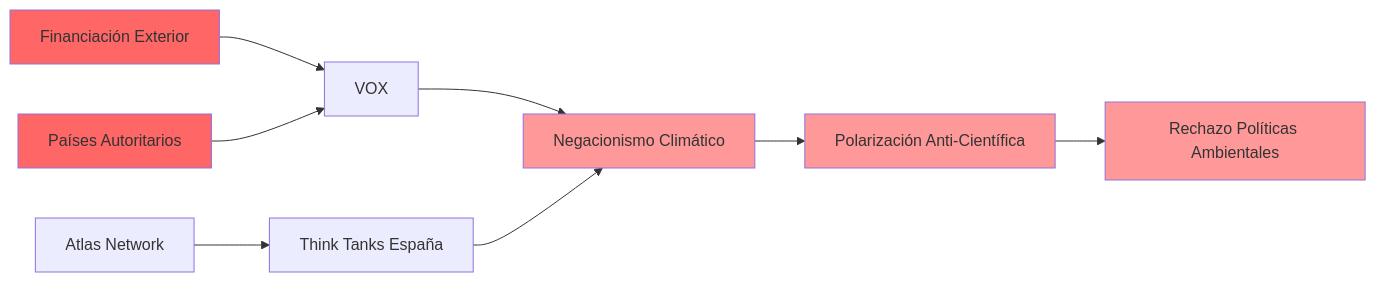
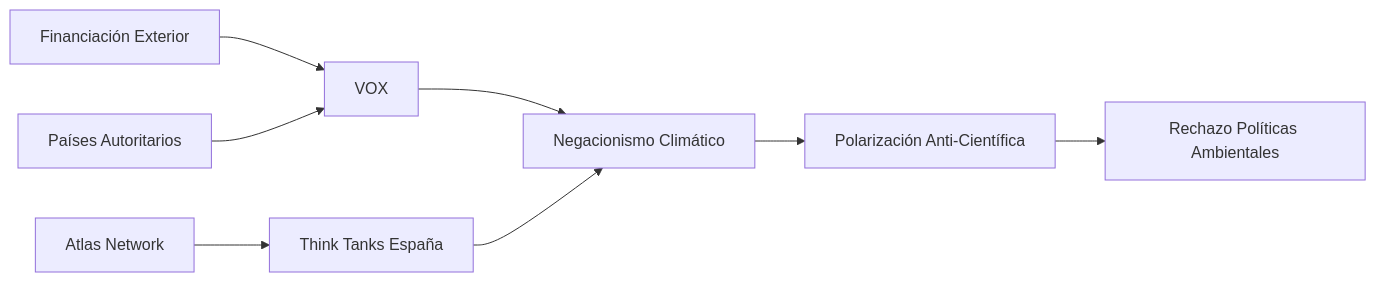
The eighth of 10 diagrams in politica/medioambiente/analisis_multifactorial_incendios.md (perpetuocambio/annotations), drawn with Mermaid before and after one commit. The commit also changed other lines of this file, not shown here.

````diff
--- a/politica/medioambiente/analisis_multifactorial_incendios.md
+++ b/politica/medioambiente/analisis_multifactorial_incendios.md
@@ -434,17 +417,11 @@
 ```mermaid
 graph LR
     A[Financiación Exterior] --> B[VOX]
     C[Atlas Network] --> D[Think Tanks España]
     E[Países Autoritarios] --> B
     
     B --> F[Negacionismo Climático]
     D --> F
     F --> G[Polarización Anti-Científica]
     G --> H[Rechazo Políticas Ambientales]
-    
-    style A fill:#ff6666
-    style E fill:#ff6666
-    style F fill:#ff9999
-    style G fill:#ff9999
-    style H fill:#ff9999
 ```
````
